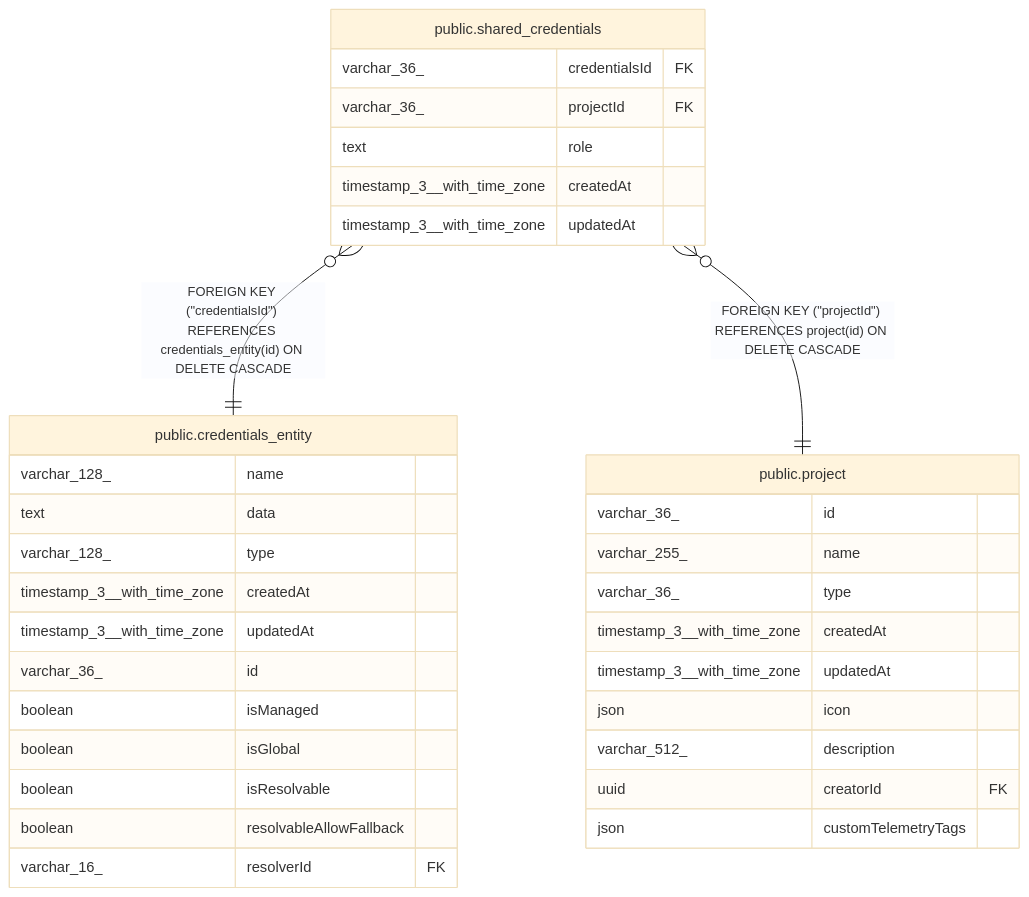
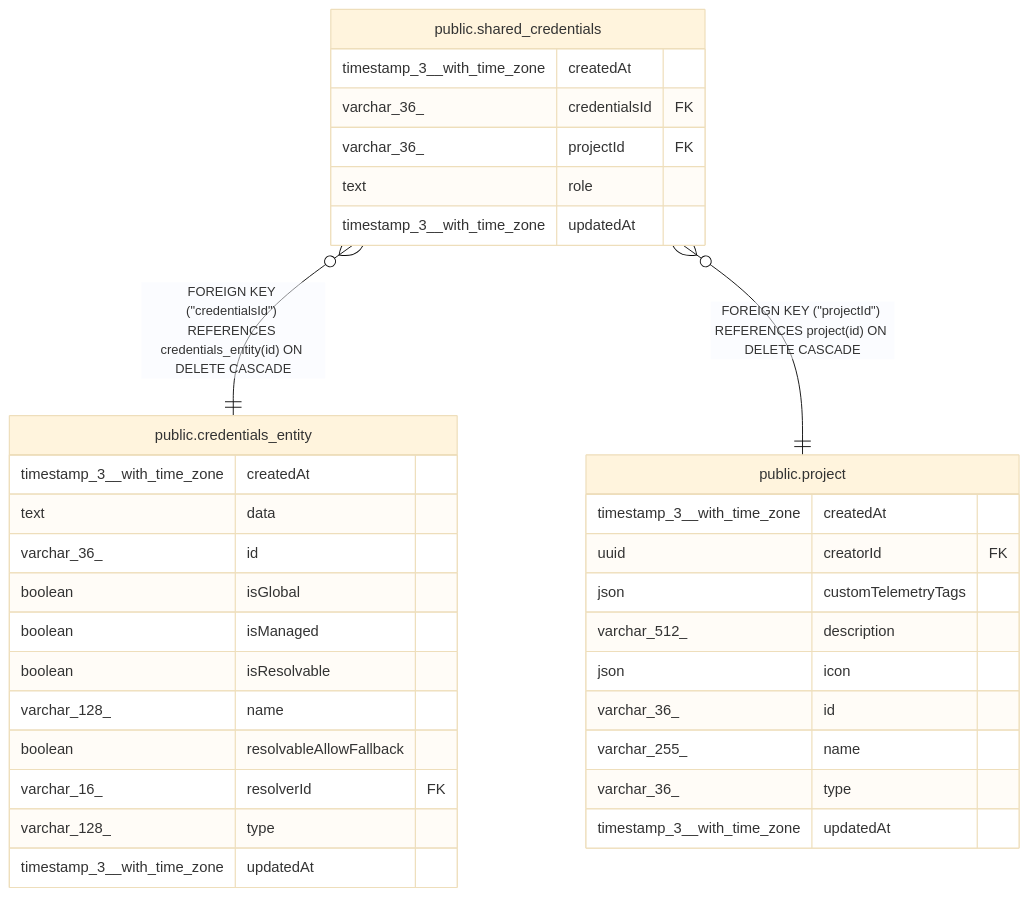
Before and after one commit to mayankjain1815-commits/n8n: the diagram in docs/generated/postgres-schema/public.shared_credentials.md, drawn with Mermaid (base theme). The commit also changed other lines of this file and 221 other files, not shown here.

Commit message:
chore(core): Make DB schema docs generation deterministic (#32373)

````diff
--- a/docs/generated/postgres-schema/public.shared_credentials.md
+++ b/docs/generated/postgres-schema/public.shared_credentials.md
@@ -34,38 +34,38 @@
 ```mermaid
 erDiagram
 
 "public.shared_credentials" }o--|| "public.credentials_entity" : "FOREIGN KEY (#quot;credentialsId#quot;) REFERENCES credentials_entity(id) ON DELETE CASCADE"
 "public.shared_credentials" }o--|| "public.project" : "FOREIGN KEY (#quot;projectId#quot;) REFERENCES project(id) ON DELETE CASCADE"
 
 "public.shared_credentials" {
+  timestamp_3__with_time_zone createdAt
   varchar_36_ credentialsId FK
   varchar_36_ projectId FK
   text role
-  timestamp_3__with_time_zone createdAt
   timestamp_3__with_time_zone updatedAt
 }
 "public.credentials_entity" {
+  timestamp_3__with_time_zone createdAt
+  text data
+  varchar_36_ id
+  boolean isGlobal
+  boolean isManaged
+  boolean isResolvable
   varchar_128_ name
-  text data
-  varchar_128_ type
-  timestamp_3__with_time_zone createdAt
-  timestamp_3__with_time_zone updatedAt
-  varchar_36_ id
-  boolean isManaged
-  boolean isGlobal
-  boolean isResolvable
   boolean resolvableAllowFallback
   varchar_16_ resolverId FK
+  varchar_128_ type
+  timestamp_3__with_time_zone updatedAt
 }
 "public.project" {
+  timestamp_3__with_time_zone createdAt
+  uuid creatorId FK
+  json customTelemetryTags
+  varchar_512_ description
+  json icon
   varchar_36_ id
   varchar_255_ name
   varchar_36_ type
-  timestamp_3__with_time_zone createdAt
   timestamp_3__with_time_zone updatedAt
-  json icon
-  varchar_512_ description
-  uuid creatorId FK
-  json customTelemetryTags
 }
 ```
````
